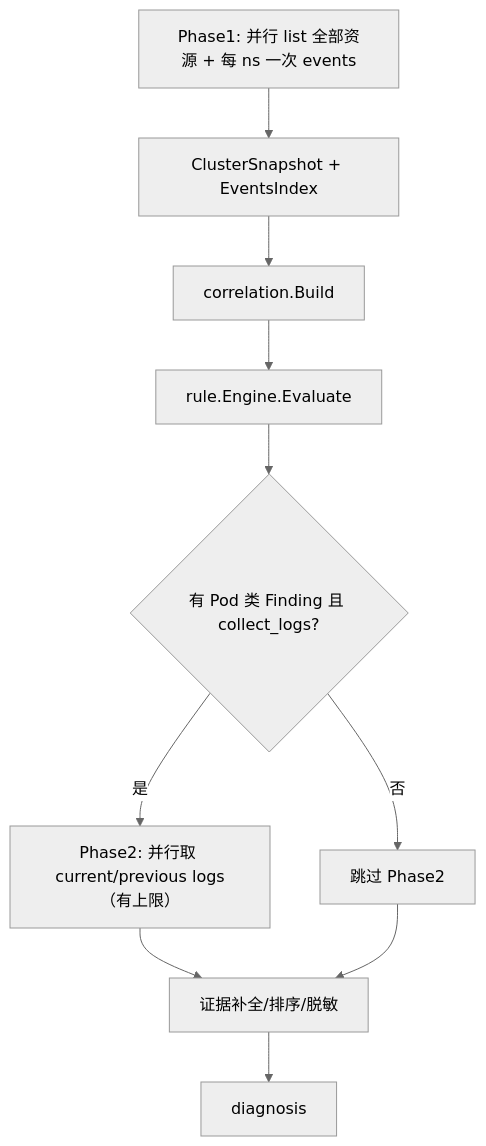
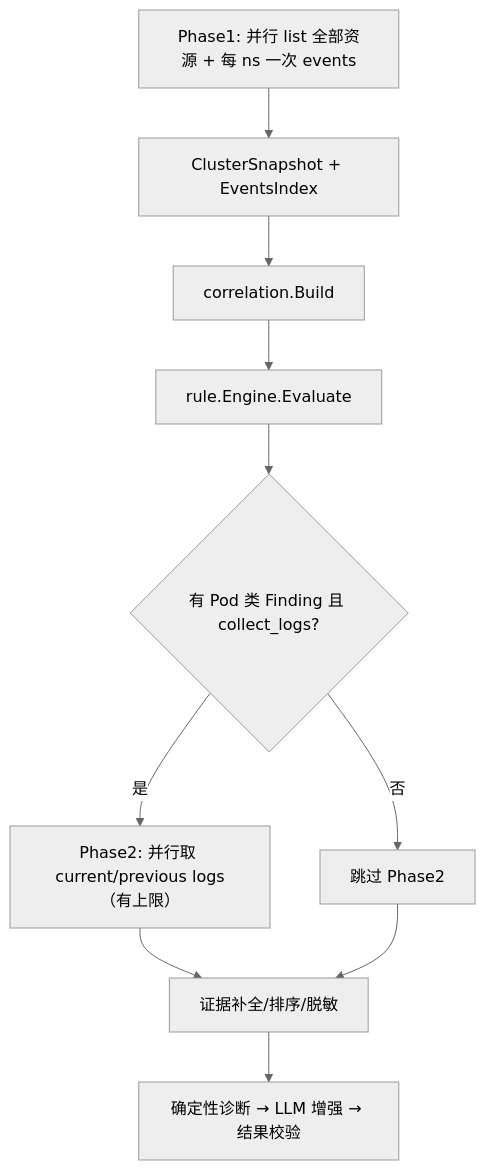
One commit to markguo123/k8s-ai changed the third of 4 diagrams in docs/02-架构与设计/07-采集与扫描流程.md. Above: the diagram before and after it, drawn with Mermaid (neutral theme). The commit also changed other lines of this file and 10 other files, not shown here.

````diff
--- a/docs/02-架构与设计/07-采集与扫描流程.md
+++ b/docs/02-架构与设计/07-采集与扫描流程.md
@@ -56,12 +108,12 @@
 ```mermaid
 flowchart TD
     A["Phase1: 并行 list 全部资源 + 每 ns 一次 events"] --> B["ClusterSnapshot + EventsIndex"]
     B --> C["correlation.Build"]
     C --> D["rule.Engine.Evaluate"]
     D --> E{"有 Pod 类 Finding 且 collect_logs?"}
     E -- 是 --> F["Phase2: 并行取 current/previous logs（有上限）"]
     E -- 否 --> G["跳过 Phase2"]
     F --> H["证据补全/排序/脱敏"]
     G --> H
-    H --> I["diagnosis"]
+    H --> I["确定性诊断 → LLM 增强 → 结果校验"]
 ```
````
